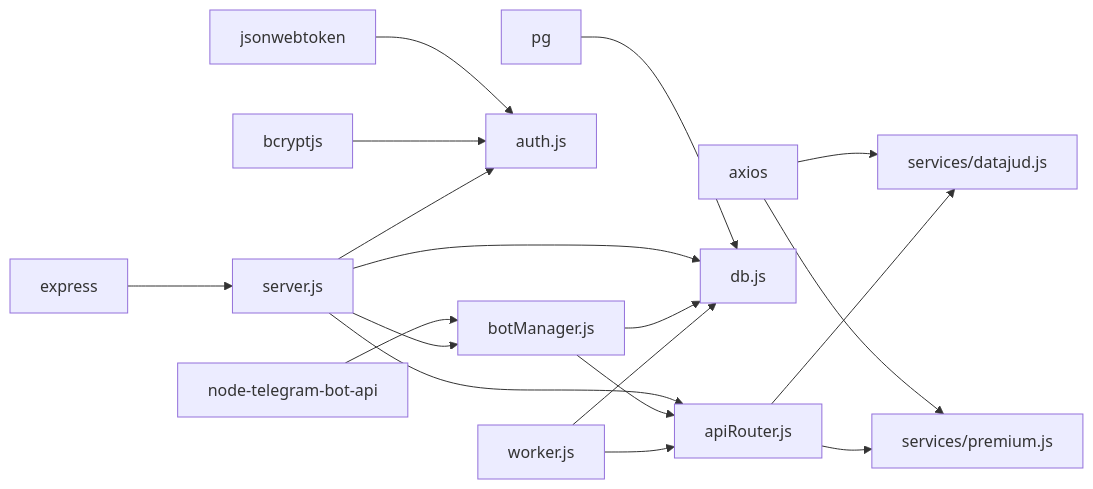
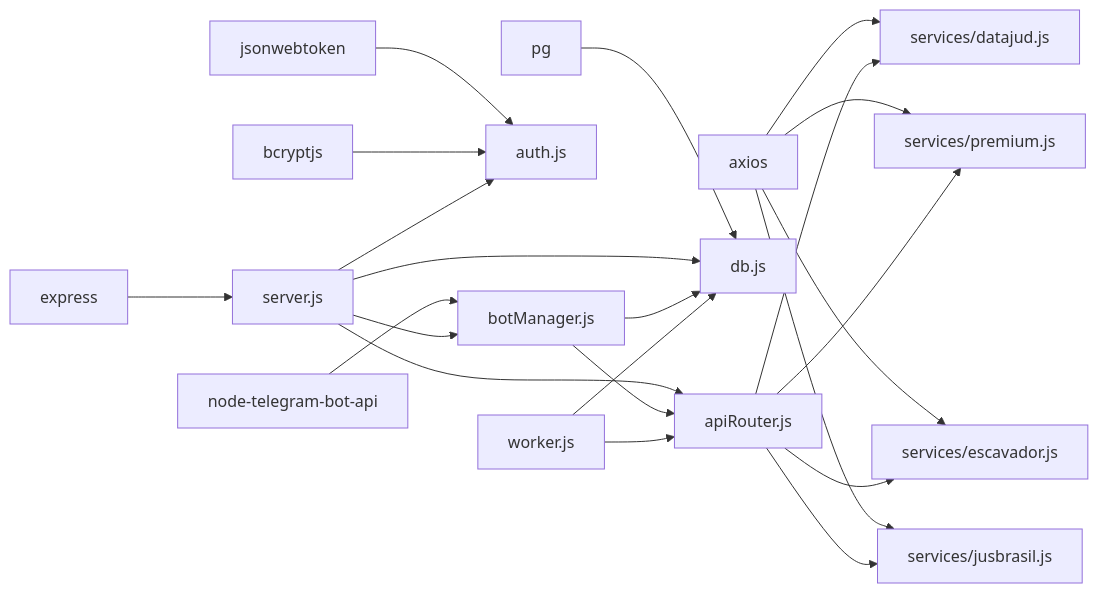
Before and after one commit to Alexandrexicara/bot-processos: the ninth of 9 diagrams in .qoder/repowiki/en/content/Telegram Bot Integration/Telegram Bot Integration.md, drawn with Mermaid. The commit also changed other lines of this file and 10 other files, not shown here.

````diff
--- a/.qoder/repowiki/en/content/Telegram Bot Integration/Telegram Bot Integration.md
+++ b/.qoder/repowiki/en/content/Telegram Bot Integration/Telegram Bot Integration.md
@@ -333,20 +436,24 @@
 ```mermaid
 graph LR
 EX["express"] --> S["server.js"]
 NT["node-telegram-bot-api"] --> BM["botManager.js"]
 AX["axios"] --> DJ["services/datajud.js"]
 AX --> PR["services/premium.js"]
+AX --> ES["services/escavador.js"]
+AX --> JB["services/jusbrasil.js"]
 JWT["jsonwebtoken"] --> AU["auth.js"]
 BC["bcryptjs"] --> AU
 PG["pg"] --> DB["db.js"]
 S --> BM
 S --> AR["apiRouter.js"]
 S --> AU
 S --> DB
 BM --> DB
 BM --> AR
 AR --> DJ
 AR --> PR
+AR --> ES
+AR --> JB
 W["worker.js"] --> AR
 W --> DB
 ```
````
